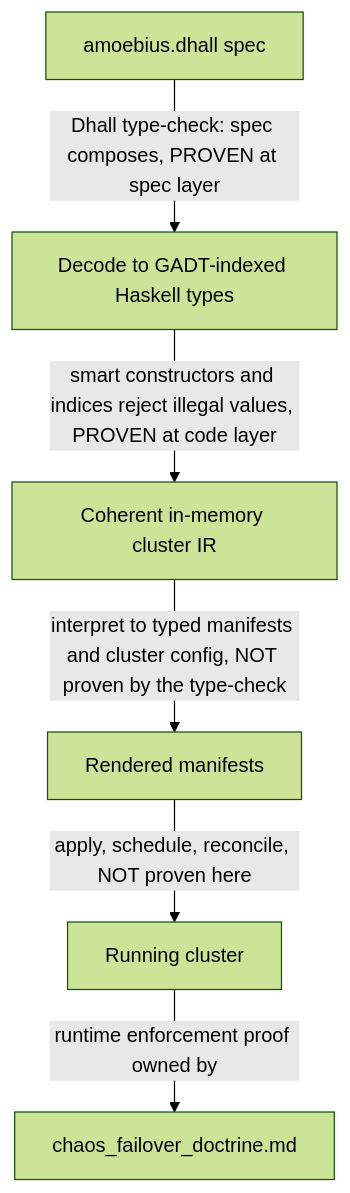
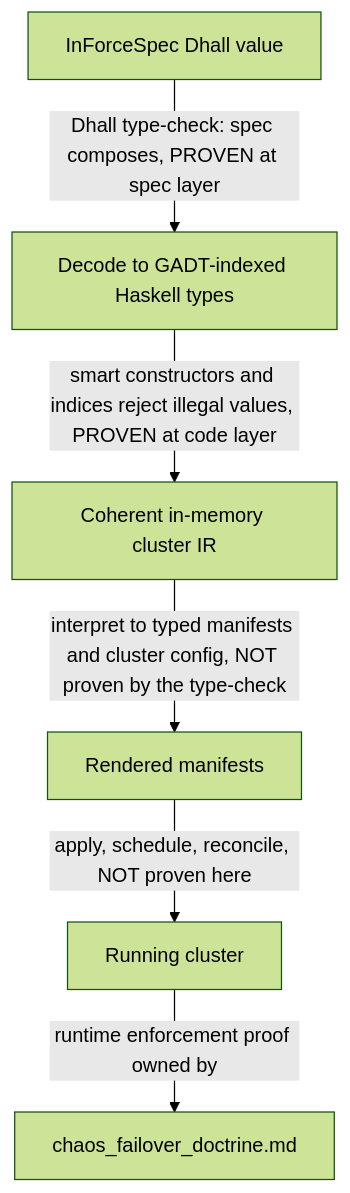
The diagram in documents/engineering/illegal_state_catalog.md (Tuee22/amoebius), drawn with Mermaid (forest theme) before and after one commit. The commit also changed other lines of this file and 37 other files, not shown here.

````diff
--- a/documents/engineering/illegal_state_catalog.md
+++ b/documents/engineering/illegal_state_catalog.md
@@ -74,8 +74,8 @@
 ```mermaid
 flowchart TD
-  spec[amoebius.dhall spec] -->|Dhall type-check: spec composes, PROVEN at spec layer| decode[Decode to GADT-indexed Haskell types]
+  spec[InForceSpec Dhall value] -->|Dhall type-check: spec composes, PROVEN at spec layer| decode[Decode to GADT-indexed Haskell types]
   decode -->|smart constructors and indices reject illegal values, PROVEN at code layer| ir[Coherent in-memory cluster IR]
   ir -->|interpret to typed manifests and cluster config, NOT proven by the type-check| render[Rendered manifests]
   render -->|apply, schedule, reconcile, NOT proven here| live[Running cluster]
   live -->|runtime enforcement proof owned by| chaos[chaos_failover_doctrine.md]
 ```
````
